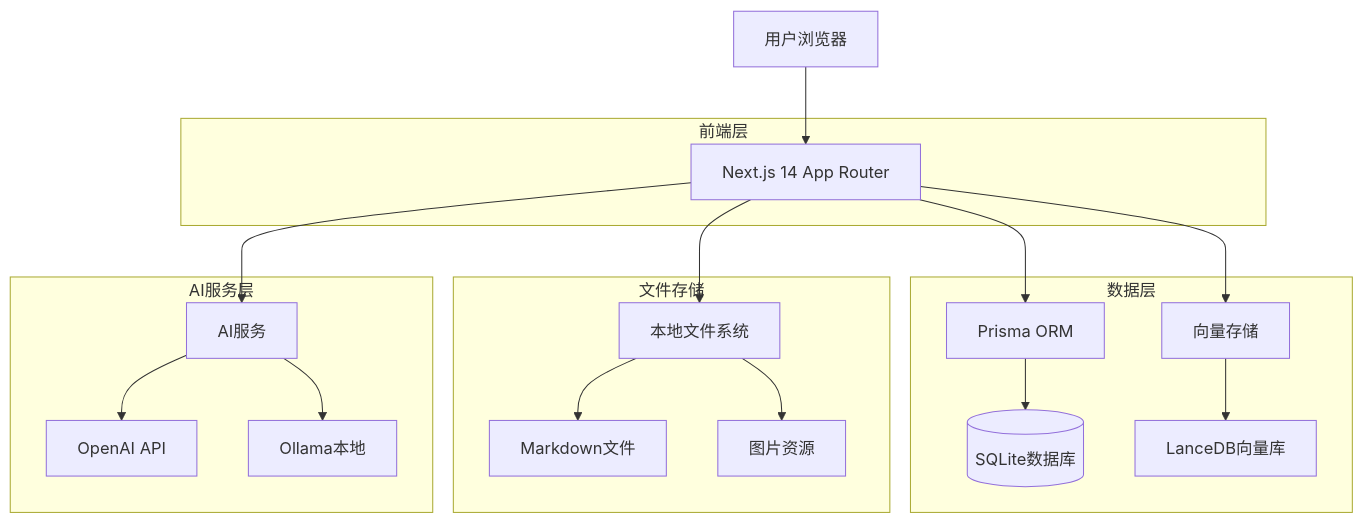
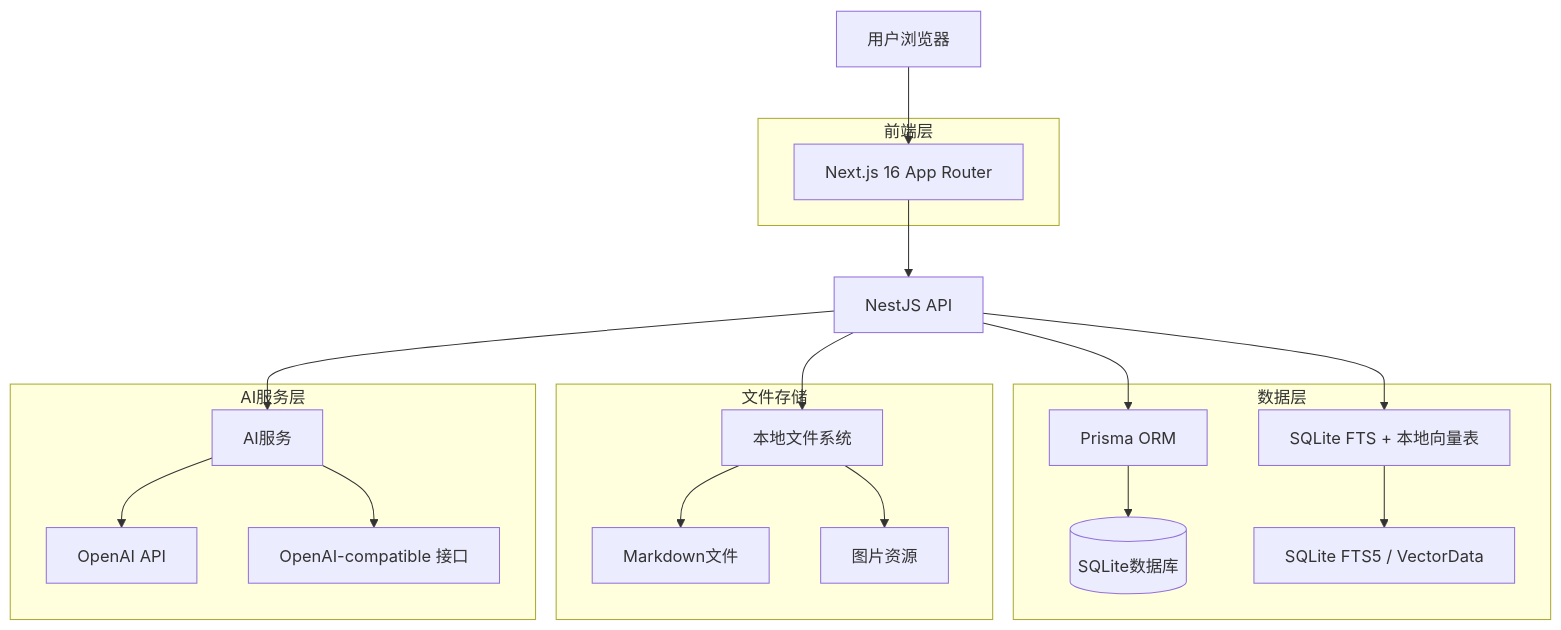
The first of 3 diagrams in docs/technical_architecture_document.md (xiaobuliukun/ai-rag), drawn with Mermaid before and after one commit. The commit also changed other lines of this file and 18 other files, not shown here.

````diff
--- a/docs/technical_architecture_document.md
+++ b/docs/technical_architecture_document.md
@@ -3,38 +3,39 @@
 ```mermaid
 graph TD
-    A[用户浏览器] --> B[Next.js 14 App Router]
-    B --> C[Prisma ORM]
-    B --> D[本地文件系统]
-    B --> E[向量存储]
-    B --> F[AI服务]
+    A[用户浏览器] --> B[Next.js 16 App Router]
+    B --> N[NestJS API]
+    N --> C[Prisma ORM]
+    N --> D[本地文件系统]
+    N --> E[SQLite FTS + 本地向量表]
+    N --> F[AI服务]
     
     subgraph "前端层"
         B
     end
     
     subgraph "数据层"
         C
         G[(SQLite数据库)]
         E
-        H[LanceDB向量库]
+        H[SQLite FTS5 / VectorData]
     end
     
     subgraph "文件存储"
         D
         I[Markdown文件]
         J[图片资源]
     end
     
     subgraph "AI服务层"
         F
         K[OpenAI API]
-        L[Ollama本地]
+        L[OpenAI-compatible 接口]
     end
     
     C --> G
     E --> H
     D --> I
     D --> J
     F --> K
     F --> L
 ```
````
